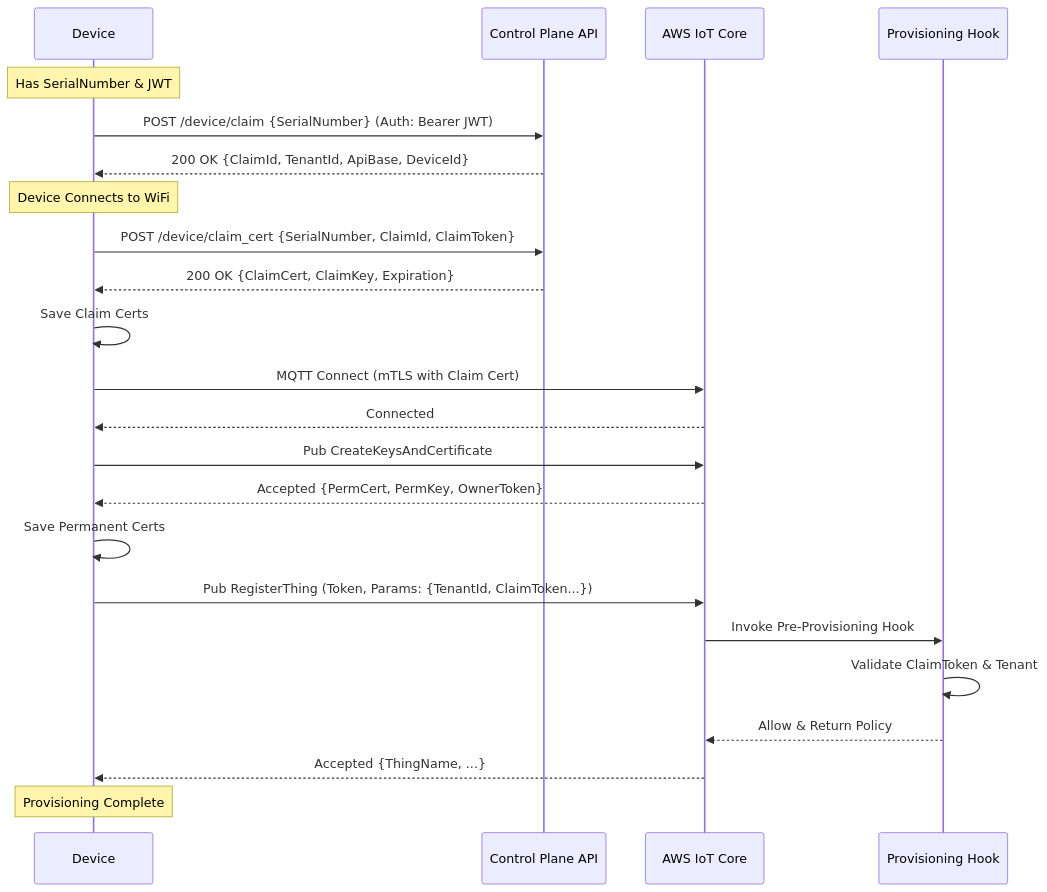
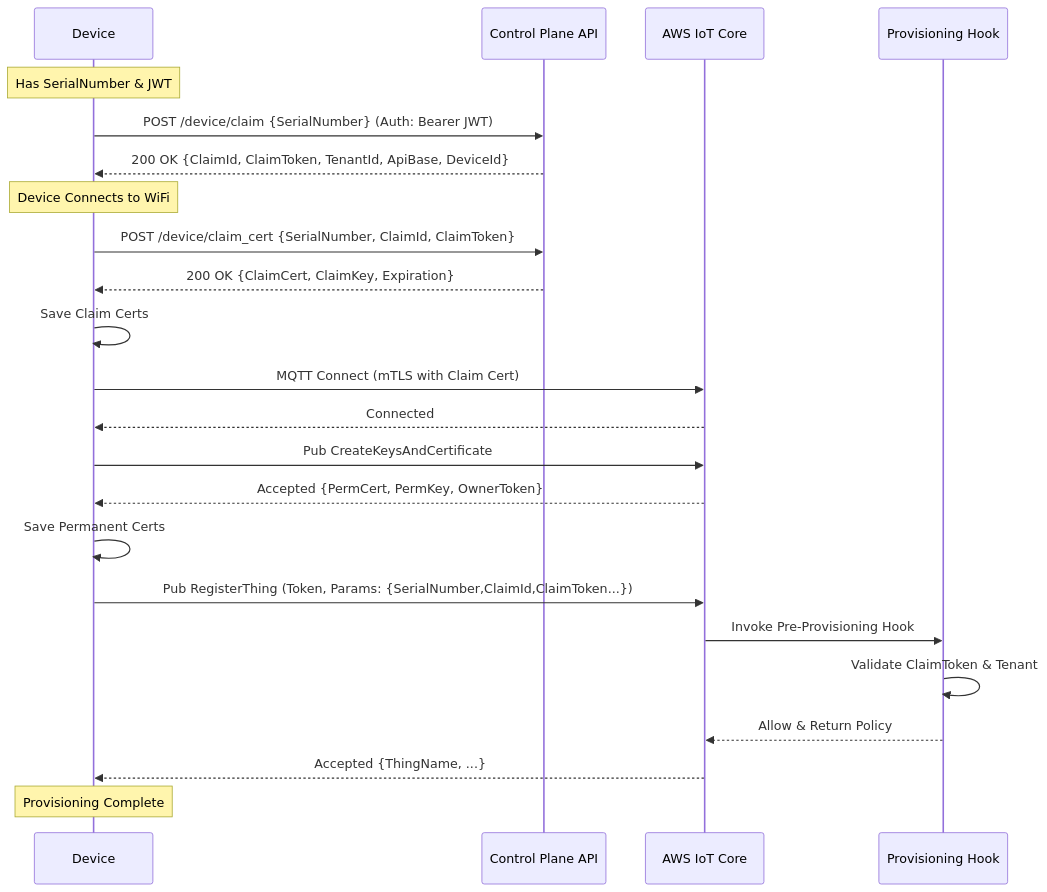
One commit to colint-designcatapult/pillorganizer changed the diagram in docs/provision_flow.md. Above: the diagram before and after it, drawn with Mermaid. The commit also changed other lines of this file and 1 other file, not shown here.

Commit message:
Test: update claim parameters in e2e script

````diff
--- a/docs/provision_flow.md
+++ b/docs/provision_flow.md
@@ -111,35 +109,35 @@
 ```mermaid
 sequenceDiagram
     participant Device
     participant API as Control Plane API
     participant IoT as AWS IoT Core
     participant Lambda as Provisioning Hook
 
     Note over Device: Has SerialNumber & JWT
 
     Device->>API: POST /device/claim {SerialNumber} (Auth: Bearer JWT)
-    API-->>Device: 200 OK {ClaimId, TenantId, ApiBase, DeviceId}
+    API-->>Device: 200 OK {ClaimId, ClaimToken, TenantId, ApiBase, DeviceId}
 
     Note over Device: Device Connects to WiFi
 
     Device->>API: POST /device/claim_cert {SerialNumber, ClaimId, ClaimToken}
     API-->>Device: 200 OK {ClaimCert, ClaimKey, Expiration}
 
     Device->>Device: Save Claim Certs
 
     Device->>IoT: MQTT Connect (mTLS with Claim Cert)
     IoT-->>Device: Connected
 
     Device->>IoT: Pub CreateKeysAndCertificate
     IoT-->>Device: Accepted {PermCert, PermKey, OwnerToken}
 
     Device->>Device: Save Permanent Certs
 
-    Device->>IoT: Pub RegisterThing (Token, Params: {TenantId, ClaimToken...})
+    Device->>IoT: Pub RegisterThing (Token, Params: {SerialNumber,ClaimId,ClaimToken...})
     IoT->>Lambda: Invoke Pre-Provisioning Hook
     Lambda->>Lambda: Validate ClaimToken & Tenant
     Lambda-->>IoT: Allow & Return Policy
     IoT-->>Device: Accepted {ThingName, ...}
 
     Note over Device: Provisioning Complete
 ```
````
